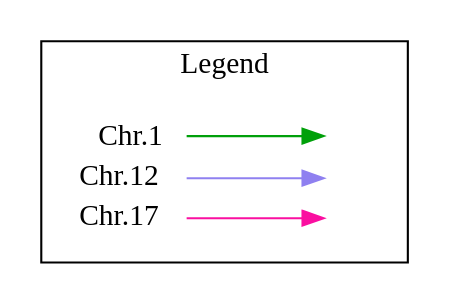
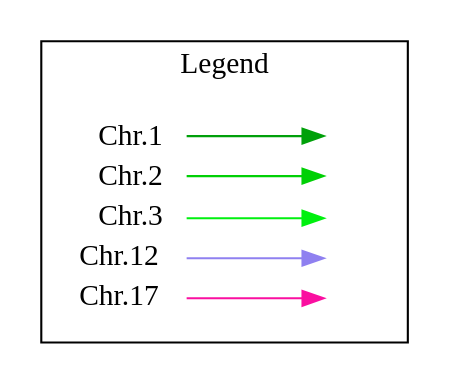
One commit to VasLem/brain-shape-asymmetry-genetics changed the diagram in results/visualizeCCAOnPheno/graphviz/legGraphWoutBC.gv. Above: the diagram before and after it, drawn with Graphviz. The commit also changed 10 other files, not shown here.

```diff
--- a/results/visualizeCCAOnPheno/graphviz/legGraphWoutBC.gv
+++ b/results/visualizeCCAOnPheno/graphviz/legGraphWoutBC.gv
@@ -1,18 +1,24 @@
 digraph {
 rankdir=LR
 node [shape=plaintext]
 subgraph cluster_01 {rank=same; key1, key2 
 label = "Legend";
  key1 [label=<<table border="0" cellpadding="2" cellspacing="0" cellborder="0">[
 <tr><td align="right" port="i1" >Chr.1</td></tr>
+<tr><td align="right" port="i2" >Chr.2</td></tr>
+<tr><td align="right" port="i3" >Chr.3</td></tr>
 <tr><td align="right" port="i12" >Chr.12</td></tr>
 <tr><td align="right" port="i17" >Chr.17</td></tr></table>>]
  key2 [label=<<table border="0" cellpadding="2" cellspacing="0" cellborder="0">[
 <tr><td port="i1">&nbsp;</td></tr>
+<tr><td port="i2">&nbsp;</td></tr>
+<tr><td port="i3">&nbsp;</td></tr>
 <tr><td port="i12">&nbsp;</td></tr>
 <tr><td port="i17">&nbsp;</td></tr></table>>]
 key1:i1:e -> key2:i1:w [color="#00A00A"]
+key1:i2:e -> key2:i2:w [color="#00D005"]
+key1:i3:e -> key2:i3:w [color="#00F00F"]
 key1:i12:e -> key2:i12:w [color="#8F80F0"]
 key1:i17:e -> key2:i17:w [color="#FA0FA0"]
 }
 }
```
